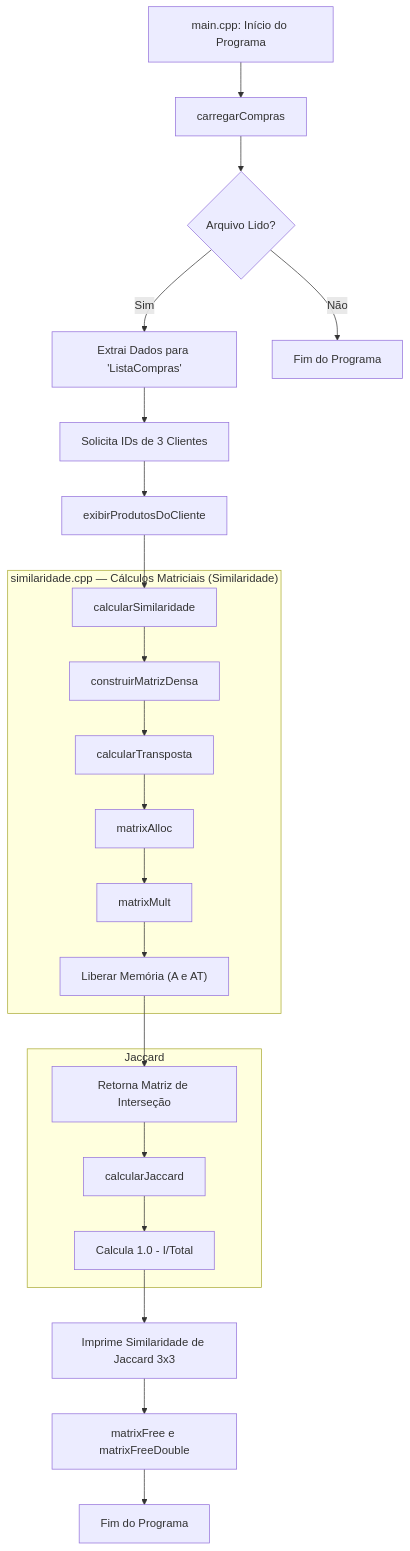
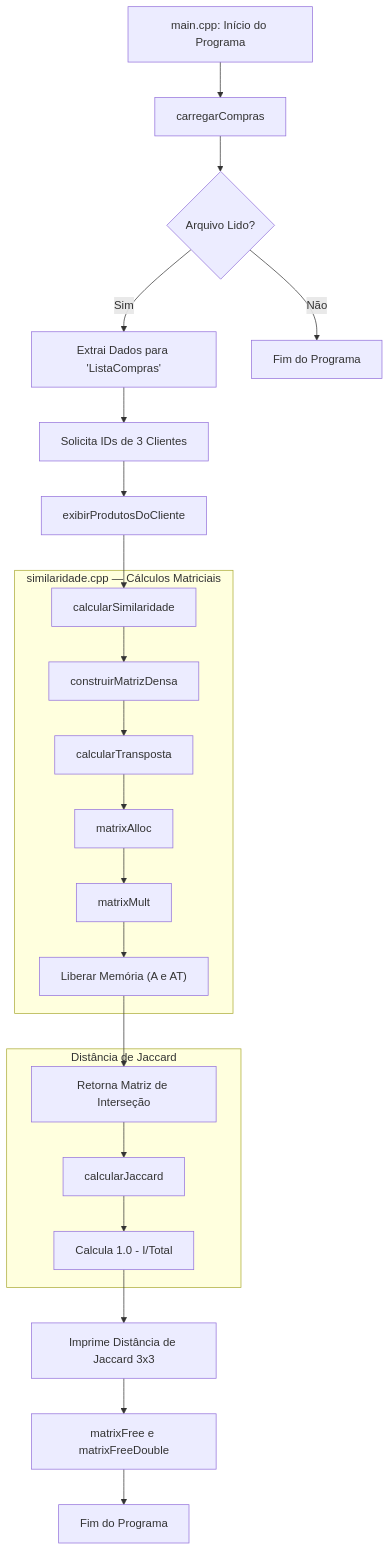
The diagram in README.md (joaoliveirarruda/recommender-system), drawn with Mermaid before and after one commit. The commit also changed other lines of this file, not shown here.

````diff
--- a/README.md
+++ b/README.md
@@ -9,30 +12,30 @@
 ```mermaid
 flowchart TD
     A["main.cpp: Início do Programa"] --> B[carregarCompras]
     B --> C{Arquivo Lido?}
     C -- Sim --> D["Extrai Dados para 'ListaCompras'"]
     C -- Não --> E[Fim do Programa]
 
     D --> F[Solicita IDs de 3 Clientes]
     F --> G[exibirProdutosDoCliente]
     G --> H[calcularSimilaridade]
 
-    subgraph sim_cpp ["similaridade.cpp — Cálculos Matriciais (Similaridade)"]
+    subgraph sim_cpp ["similaridade.cpp — Cálculos Matriciais"]
         H --> I[construirMatrizDensa]
         I --> J[calcularTransposta]
         J --> K[matrixAlloc]
         K --> L[matrixMult]
         L --> M["Liberar Memória (A e AT)"]
     end
 
     M --> N[Retorna Matriz de Interseção]
 
-    subgraph jaccard ["Jaccard"]
+    subgraph jaccard ["Distância de Jaccard"]
         N --> O[calcularJaccard]
         O --> P["Calcula 1.0 - I/Total"]
     end
 
-    P --> Q["Imprime Similaridade de Jaccard 3x3"]
+    P --> Q["Imprime Distância de Jaccard 3x3"]
     Q --> R[matrixFree e matrixFreeDouble]
     R --> S[Fim do Programa]
 ```
````
